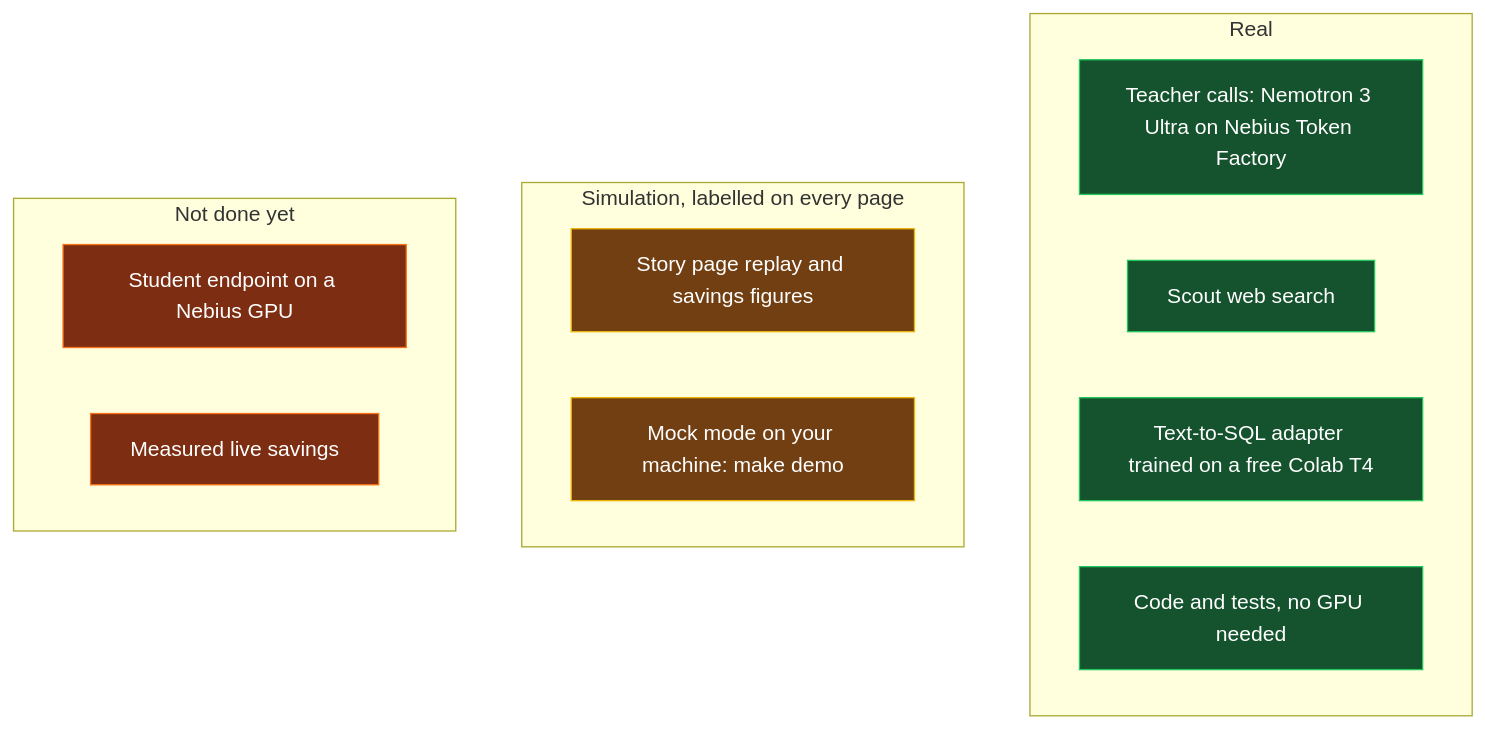
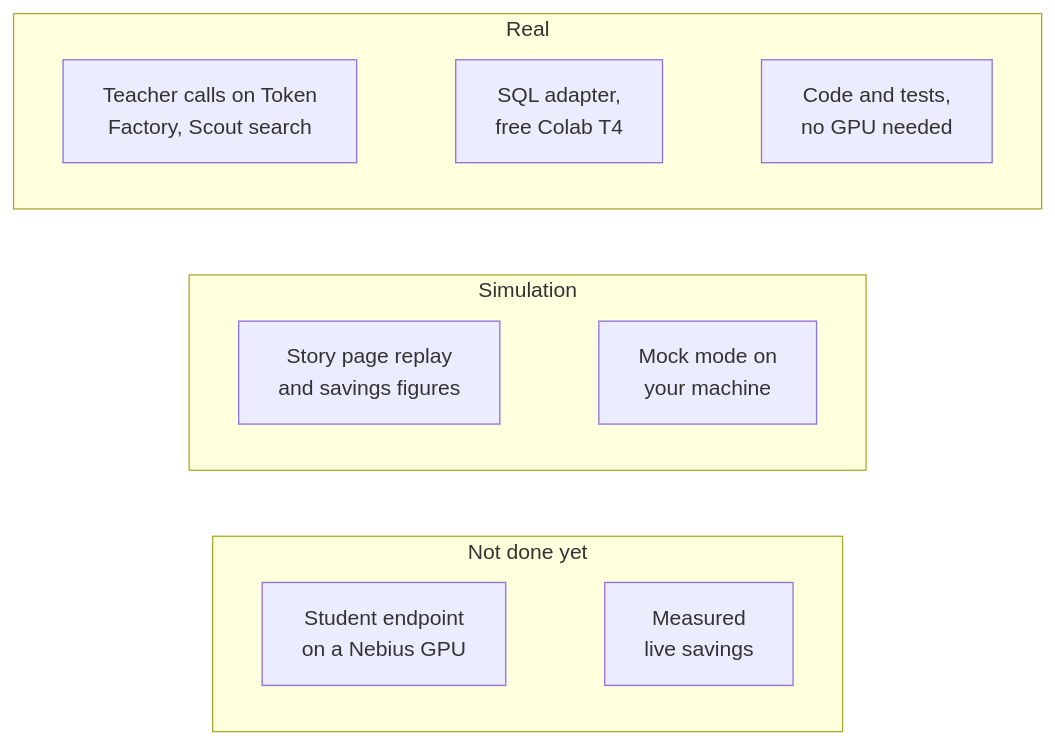
The second of 2 diagrams in docs-site/src/content/docs/guides/for-judges.mdx (harshbhx/ratchet), drawn with Mermaid before and after one commit. The commit also changed other lines of this file and 25 other files, not shown here.

````diff
--- a/docs-site/src/content/docs/guides/for-judges.mdx
+++ b/docs-site/src/content/docs/guides/for-judges.mdx
@@ -46,23 +62,22 @@
 ```mermaid
-flowchart TD
+flowchart TB
   subgraph Real["Real"]
-    R1["Teacher calls: Nemotron 3 Ultra on Nebius Token Factory"]
-    R2["Scout web search"]
-    R3["Text-to-SQL adapter trained on a free Colab T4"]
-    R4["Code and tests, no GPU needed"]
+    direction LR
+    R1["Teacher calls on Token<br/>Factory, Scout search"] ~~~ R3["SQL adapter,<br/>free Colab T4"] ~~~ R4["Code and tests,<br/>no GPU needed"]
   end
-  subgraph Sim["Simulation, labelled on every page"]
-    S1["Story page replay and savings figures"]
-    S2["Mock mode on your machine: make demo"]
+  subgraph Sim["Simulation"]
+    direction LR
+    S1["Story page replay<br/>and savings figures"] ~~~ S2["Mock mode on<br/>your machine"]
   end
   subgraph Not["Not done yet"]
-    N1["Student endpoint on a Nebius GPU"]
-    N2["Measured live savings"]
+    direction LR
+    N1["Student endpoint<br/>on a Nebius GPU"] ~~~ N2["Measured<br/>live savings"]
   end
-  classDef real fill:#14532d,stroke:#22c55e,color:#fff
-  classDef sim fill:#713f12,stroke:#eab308,color:#fff
-  classDef not fill:#7c2d12,stroke:#f97316,color:#fff
-  class R1,R2,R3,R4 real
-  class S1,S2 sim
-  class N1,N2 not
+  Real ~~~ Sim ~~~ Not
+  class R1,R3,R4 ok
+  class S1,S2 outline
+  class N1,N2 pending
+  class Real okZone
+  class Sim outlineZone
+  class Not pendingZone
 ```
````
